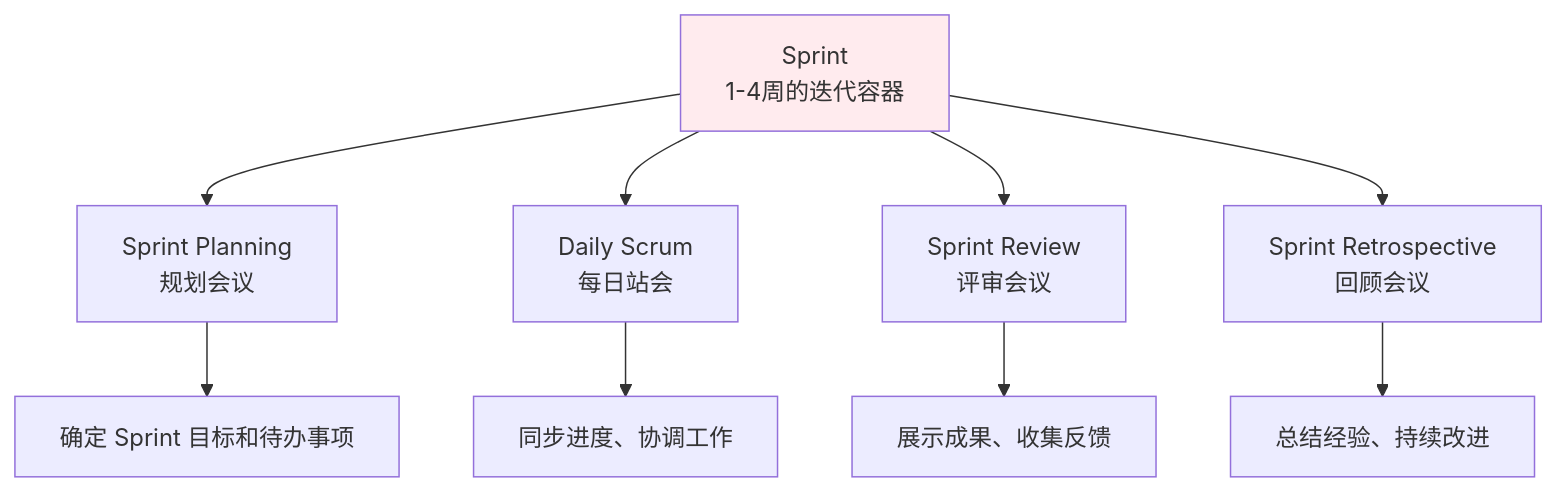
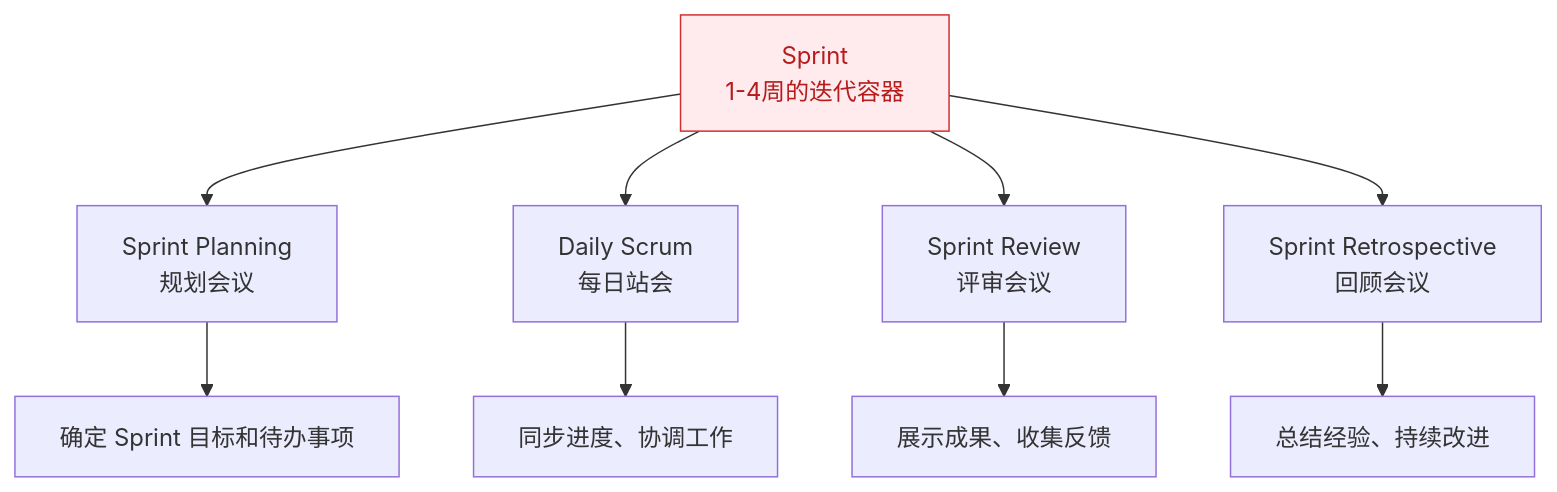
Before and after one commit to FreezeSoul/freezesoul.github.com: the third of 4 diagrams in _posts/2013-03-22-agile-scrum.md, drawn with Mermaid. The commit also changed other lines of this file and 9 other files, not shown here.

Commit message:
修正mermaid配色与要求

````diff
--- a/_posts/2013-03-22-agile-scrum.md
+++ b/_posts/2013-03-22-agile-scrum.md
@@ -106,14 +106,14 @@
 ```mermaid
 graph TD
     A[Sprint<br/>1-4周的迭代容器] --> B[Sprint Planning<br/>规划会议]
     A --> C[Daily Scrum<br/>每日站会]
     A --> D[Sprint Review<br/>评审会议]
     A --> E[Sprint Retrospective<br/>回顾会议]
 
     B --> F[确定 Sprint 目标和待办事项]
     C --> G[同步进度、协调工作]
     D --> H[展示成果、收集反馈]
     E --> I[总结经验、持续改进]
 
-    style A fill:#ffebee
+    style A fill:#ffebee,stroke:#d32f2f,color:#b71c1c
 ```
````
